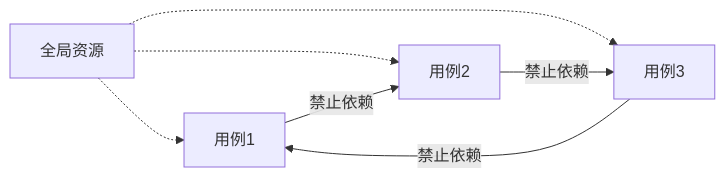
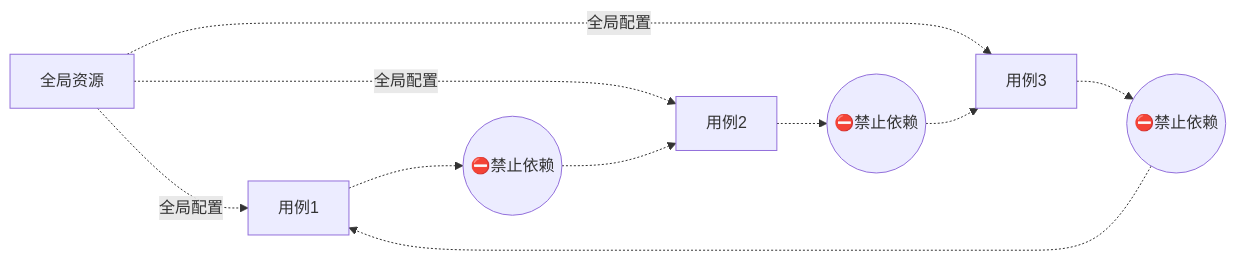
The third of 6 diagrams in content/posts/automation/talk-about-automation.md (uytrdcvbjhgf/guyuechen.github.io), drawn with Mermaid before and after one commit.

Commit message:
mermaid style

````diff
--- a/content/posts/automation/talk-about-automation.md
+++ b/content/posts/automation/talk-about-automation.md
@@ -136,17 +136,24 @@
 ```mermaid
 flowchart LR
+    %% 节点定义
     GlobalRes[全局资源]
     Case1[用例1]
     Case2[用例2]
     Case3[用例3]
 
-    GlobalRes -.-> Case1
-    GlobalRes -.-> Case2
-    GlobalRes -.-> Case3
+    %% 全局资源连接
+    GlobalRes -. 全局配置 .-> Case1
+    GlobalRes -. 全局配置 .-> Case2
+    GlobalRes -. 全局配置 .-> Case3
 
-    %% ✅ 改用实线以显示标签
-    Case1 -->|禁止依赖| Case2
-    Case2 -->|禁止依赖| Case3
-    Case3 -->|禁止依赖| Case1
+    %% 🚫 不再直接用 Case1 --> Case2 的结构，而是加阻断说明
+    Case1 -.-> 禁止1((⛔禁止依赖))
+    禁止1 -.-> Case2
+
+    Case2 -.-> 禁止2((⛔禁止依赖))
+    禁止2 -.-> Case3
+
+    Case3 -.-> 禁止3((⛔禁止依赖))
+    禁止3 -.-> Case1
 
 ```
````
